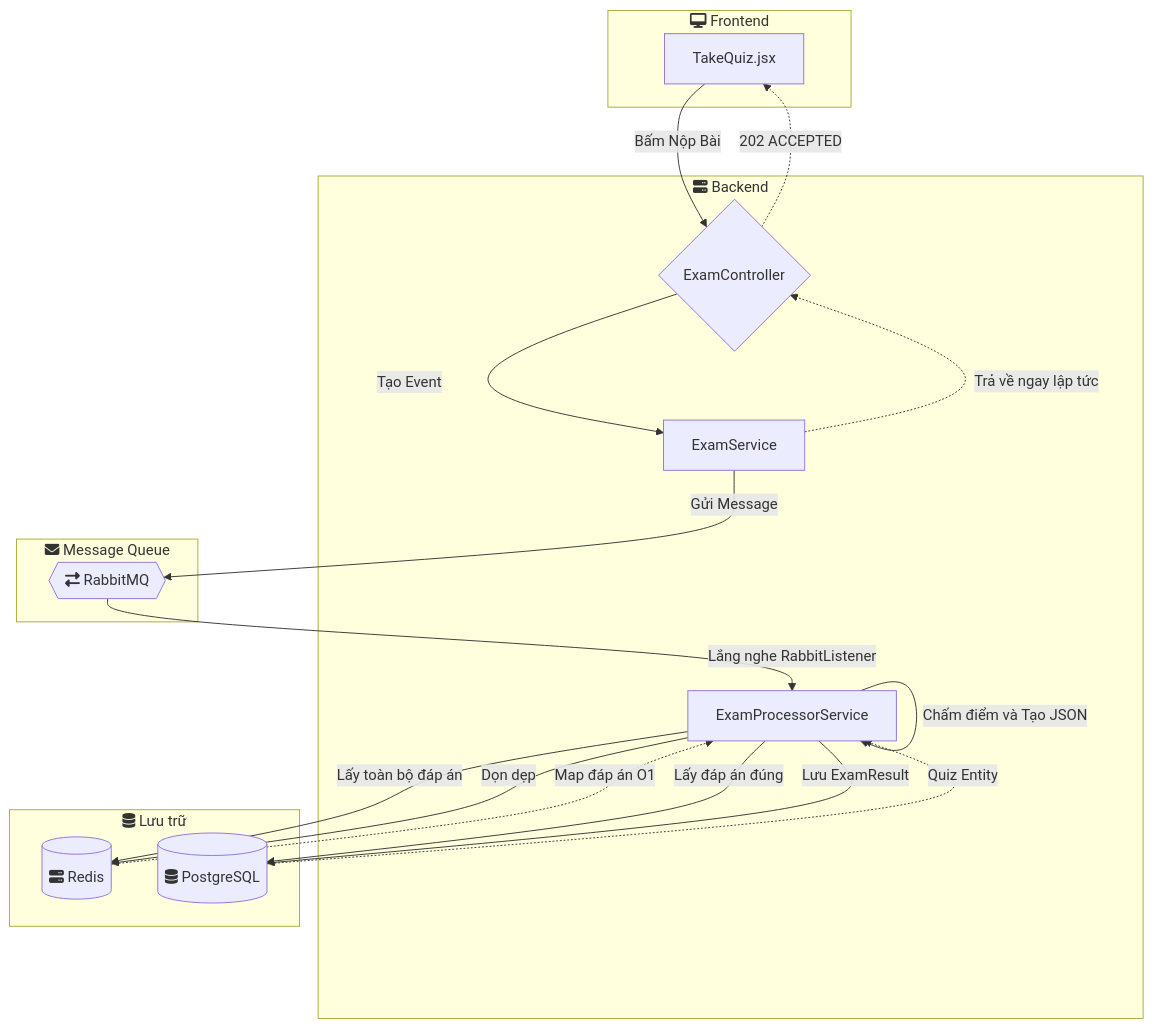
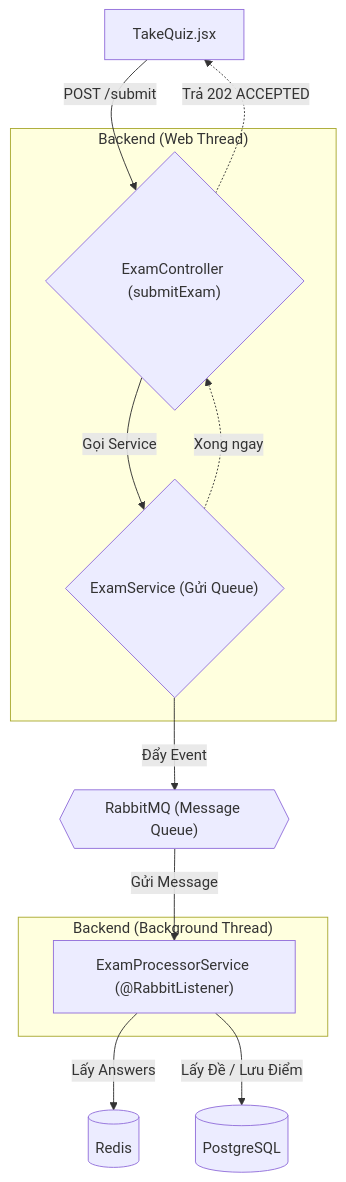
One commit to xuanchau99/study-plan-tracker changed the fourth of 5 diagrams in FEATURES_FLOW.md. Above: the diagram before and after it, drawn with Mermaid. The commit also changed other lines of this file and 36 other files, not shown here.

Commit message:
feat: implement full-stack quiz management system including WebSocket notifications and dashboard UI

````diff
--- a/FEATURES_FLOW.md
+++ b/FEATURES_FLOW.md
@@ -149,36 +134,28 @@
 ```mermaid
 flowchart TD
-    subgraph Client ["fa:fa-desktop Frontend"]
-        UI["TakeQuiz.jsx"]
+    UI["TakeQuiz.jsx"]
+    
+    subgraph API ["Backend (Web Thread)"]
+        Controller{"ExamController (submitExam)"}
+        Service{"ExamService (Gửi Queue)"}
     end
 
-    subgraph API ["fa:fa-server Backend"]
-        Controller{"ExamController"}
-        Service["ExamService"]
-        Processor["ExamProcessorService"]
+    RMQ{{"RabbitMQ (Message Queue)"}}
+
+    subgraph Worker ["Backend (Background Thread)"]
+        Processor["ExamProcessorService (@RabbitListener)"]
     end
 
-    subgraph Broker ["fa:fa-envelope Message Queue"]
-        RMQ{{"fa:fa-exchange-alt RabbitMQ"}}
-    end
+    Redis[("Redis")]
+    DB[("PostgreSQL")]
 
-    subgraph Storage ["fa:fa-database Lưu trữ"]
-        Redis[("fa:fa-server Redis")]
-        DB[("fa:fa-database PostgreSQL")]
-    end
+    UI -->|"POST /submit"| Controller
+    Controller -->|"Gọi Service"| Service
+    Service -->|"Đẩy Event"| RMQ
+    Service -.->|"Xong ngay"| Controller
+    Controller -.->|"Trả 202 ACCEPTED"| UI
 
-    UI -->|"Bấm Nộp Bài"| Controller
-    Controller -->|"Tạo Event"| Service
-    Service -->|"Gửi Message"| RMQ
-    Service -.->|"Trả về ngay lập tức"| Controller
-    Controller -.->|"202 ACCEPTED"| UI
-
-    RMQ -->|"Lắng nghe RabbitListener"| Processor
-    Processor -->|"Lấy toàn bộ đáp án"| Redis
-    Redis -.->|"Map đáp án O1"| Processor
-    Processor -->|"Lấy đáp án đúng"| DB
-    DB -.->|"Quiz Entity"| Processor
-    Processor -->|"Chấm điểm và Tạo JSON"| Processor
-    Processor -->|"Lưu ExamResult"| DB
-    Processor -->|"Dọn dẹp"| Redis
+    RMQ -->|"Gửi Message"| Processor
+    Processor -->|"Lấy Answers"| Redis
+    Processor -->|"Lấy Đề / Lưu Điểm"| DB
 ```
````
